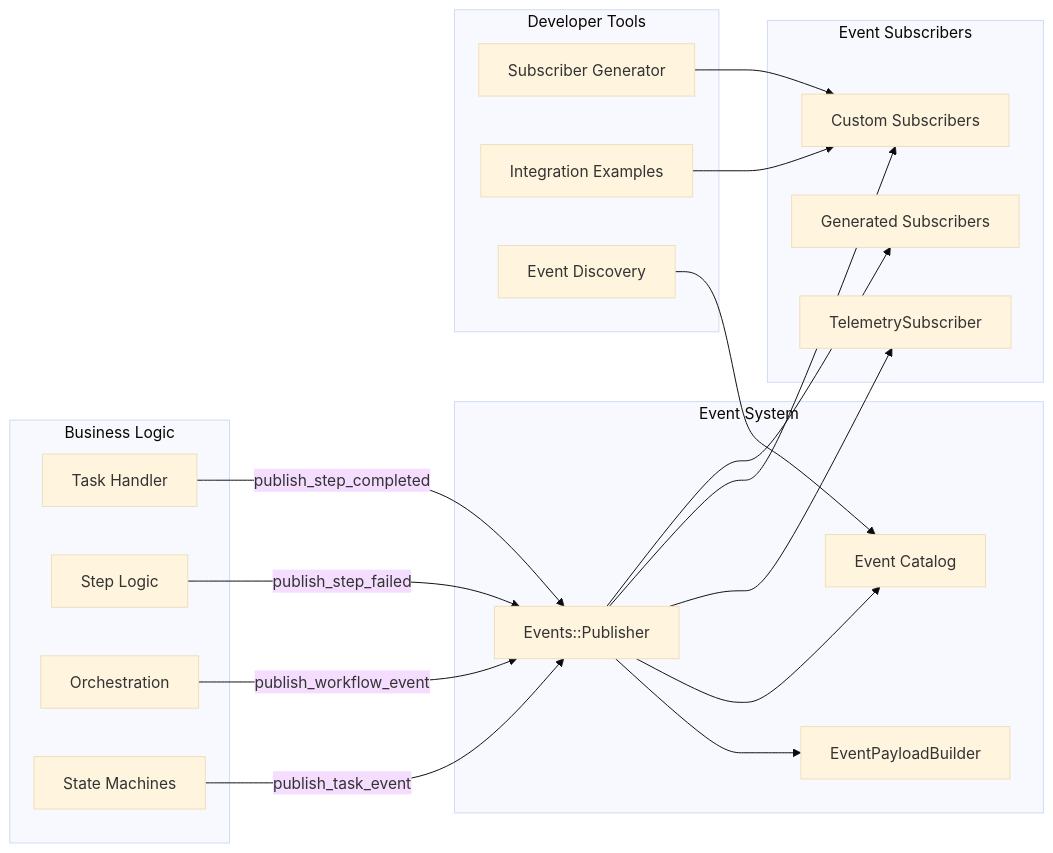
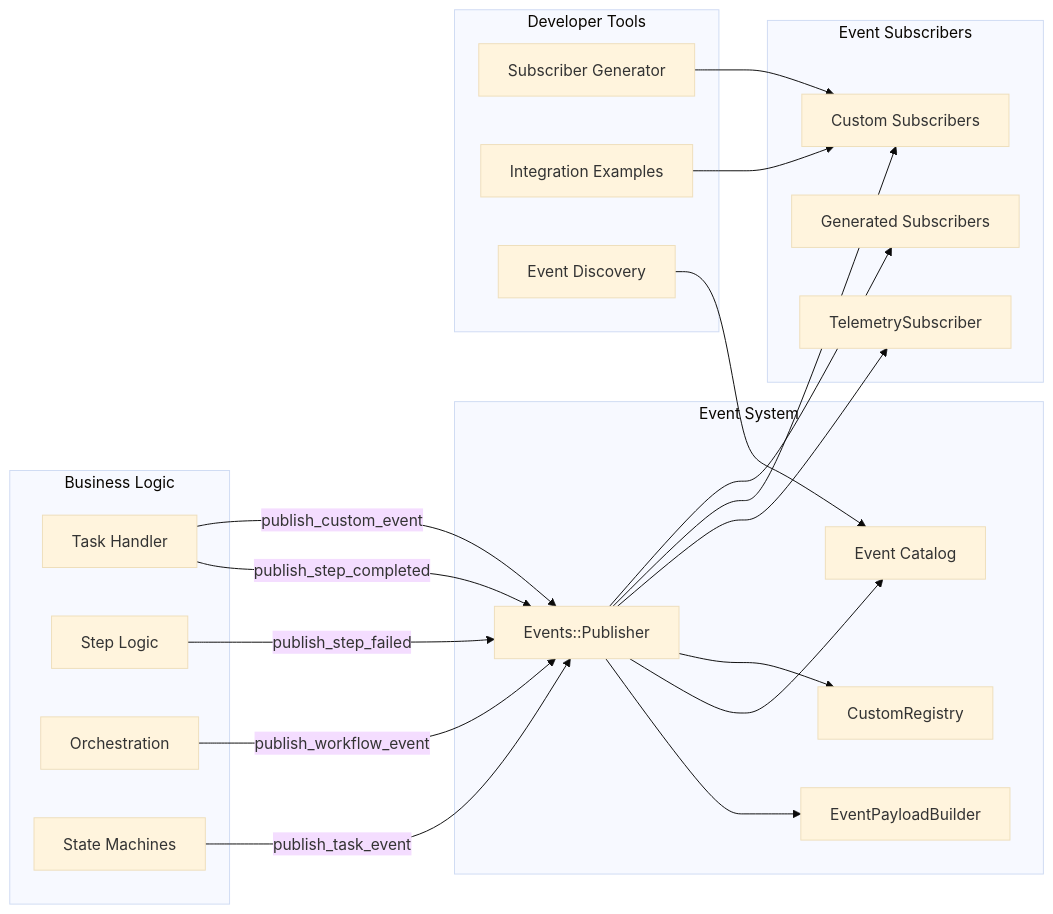
Before and after one commit to jcoletaylor/tasker: the diagram in docs/EVENT_SYSTEM.md, drawn with Mermaid (base theme). The commit also changed other lines of this file and 185 other files, not shown here.

Commit message:
custom event registry and documentation

````diff
--- a/docs/EVENT_SYSTEM.md
+++ b/docs/EVENT_SYSTEM.md
@@ -22,42 +23,45 @@
 ```mermaid
 flowchart LR
     subgraph Business["Business Logic"]
         TaskHandler["Task Handler"]
         StepLogic["Step Logic"]
         Orchestration["Orchestration"]
         StateMachine["State Machines"]
     end
 
     subgraph EventSystem["Event System"]
         Publisher["Events::Publisher"]
         PayloadBuilder["EventPayloadBuilder"]
         Catalog["Event Catalog"]
+        CustomRegistry["CustomRegistry"]
     end
 
     subgraph Subscribers["Event Subscribers"]
         Telemetry["TelemetrySubscriber"]
         Custom["Custom Subscribers"]
         Generated["Generated Subscribers"]
     end
 
     subgraph Tools["Developer Tools"]
         Generator["Subscriber Generator"]
         Examples["Integration Examples"]
         Discovery["Event Discovery"]
     end
 
     TaskHandler -->|publish_step_completed| Publisher
+    TaskHandler -->|publish_custom_event| Publisher
     StepLogic -->|publish_step_failed| Publisher
     Orchestration -->|publish_workflow_event| Publisher
     StateMachine -->|publish_task_event| Publisher
 
     Publisher --> PayloadBuilder
     Publisher --> Catalog
+    Publisher --> CustomRegistry
     Publisher --> Telemetry
     Publisher --> Custom
     Publisher --> Generated
 
     Generator --> Custom
     Examples --> Custom
     Discovery --> Catalog
 ```
````
